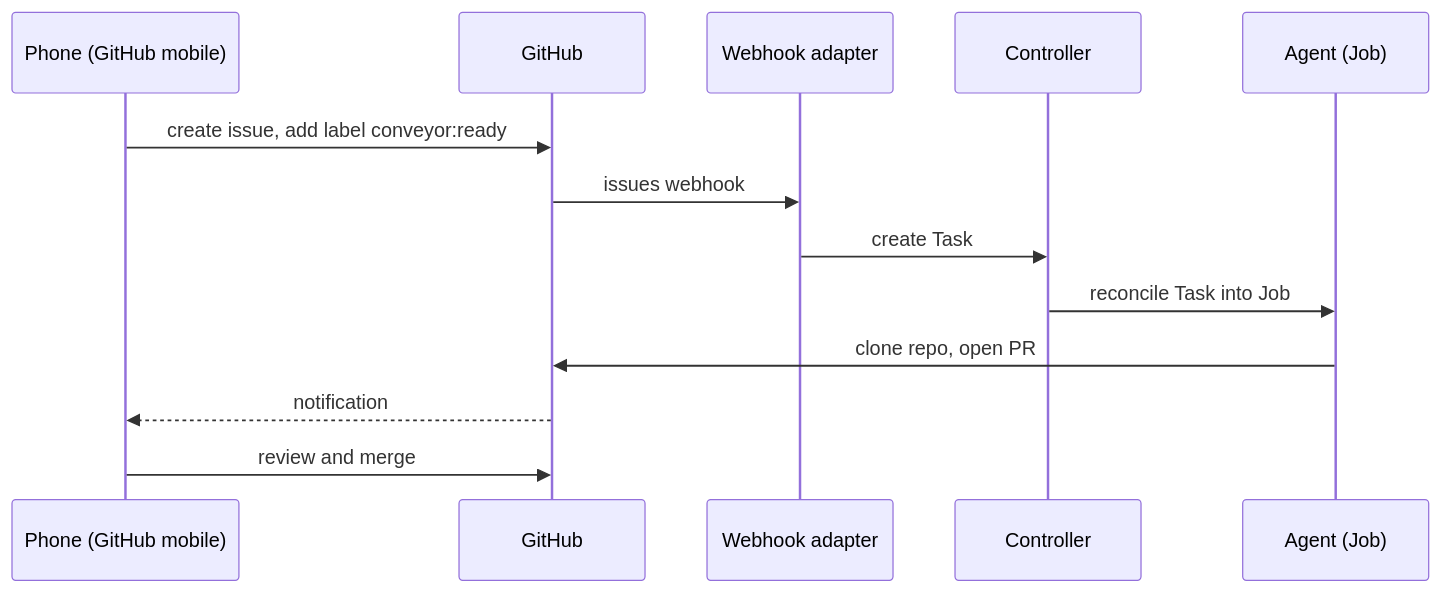
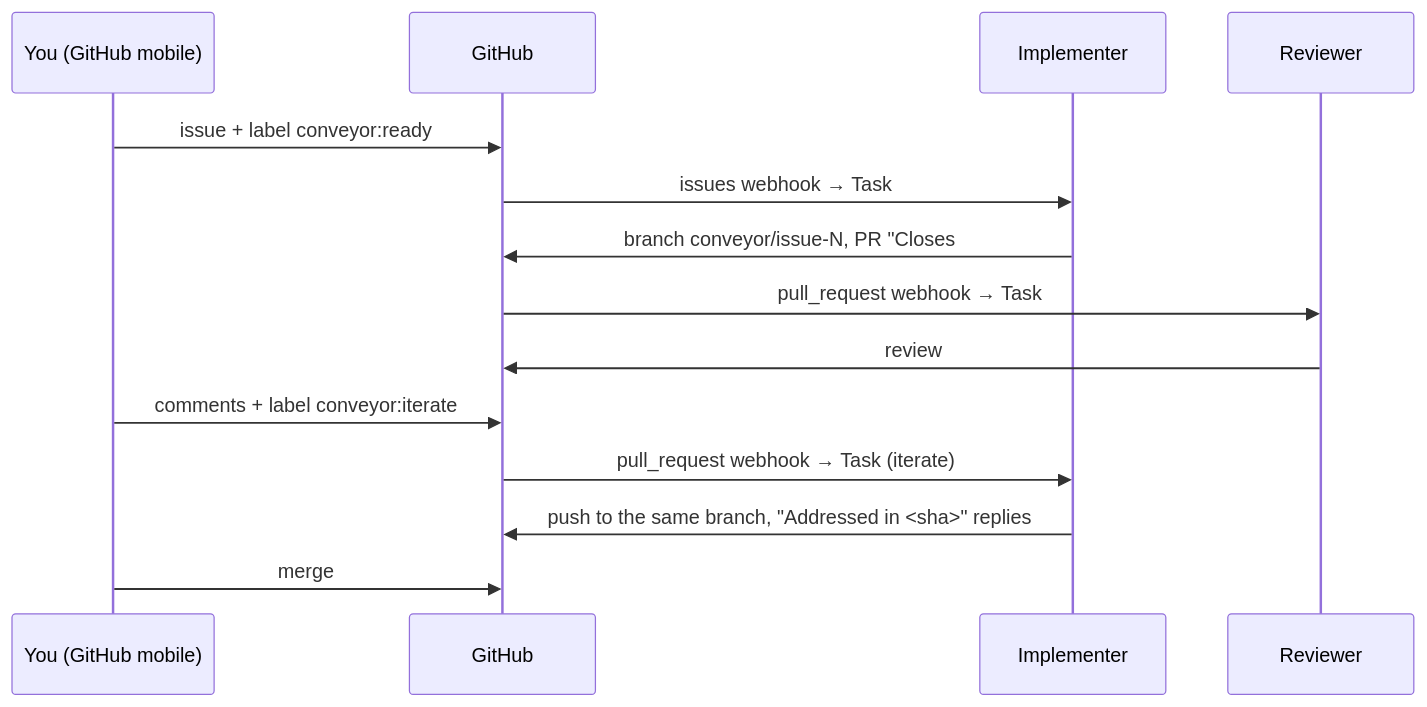
One commit to openconveyor/openconveyor changed the diagram in docs/phone-workflow.md. Above: the diagram before and after it, drawn with Mermaid. The commit also changed other lines of this file, not shown here.

First line of the commit message:
docs: rewrite the phone workflow as the GitHub flow tutorial

````diff
--- a/docs/phone-workflow.md
+++ b/docs/phone-workflow.md
@@ -20,15 +27,16 @@
 ```mermaid
 sequenceDiagram
-    participant U as Phone (GitHub mobile)
+    participant U as You (GitHub mobile)
     participant G as GitHub
-    participant W as Webhook adapter
-    participant C as Controller
-    participant A as Agent (Job)
-    U->>G: create issue, add label conveyor:ready
-    G->>W: issues webhook
-    W->>C: create Task
-    C->>A: reconcile Task into Job
-    A->>G: clone repo, open PR
-    G-->>U: notification
-    U->>G: review and merge
+    participant I as Implementer
+    participant R as Reviewer
+    U->>G: issue + label conveyor:ready
+    G->>I: issues webhook → Task
+    I->>G: branch conveyor/issue-N, PR "Closes #N", issue comment, label conveyor:review
+    G->>R: pull_request webhook → Task
+    R->>G: review
+    U->>G: comments + label conveyor:iterate
+    G->>I: pull_request webhook → Task (iterate)
+    I->>G: push to the same branch, "Addressed in <sha>" replies
+    U->>G: merge
 ```
````
